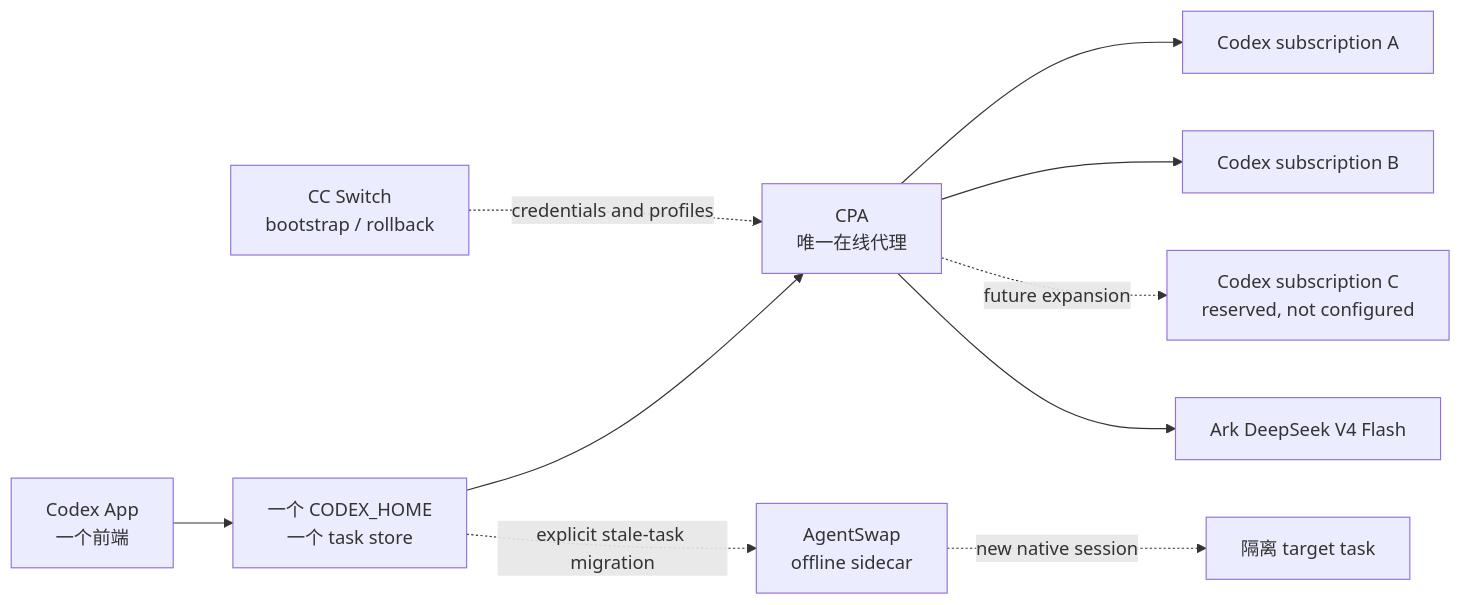
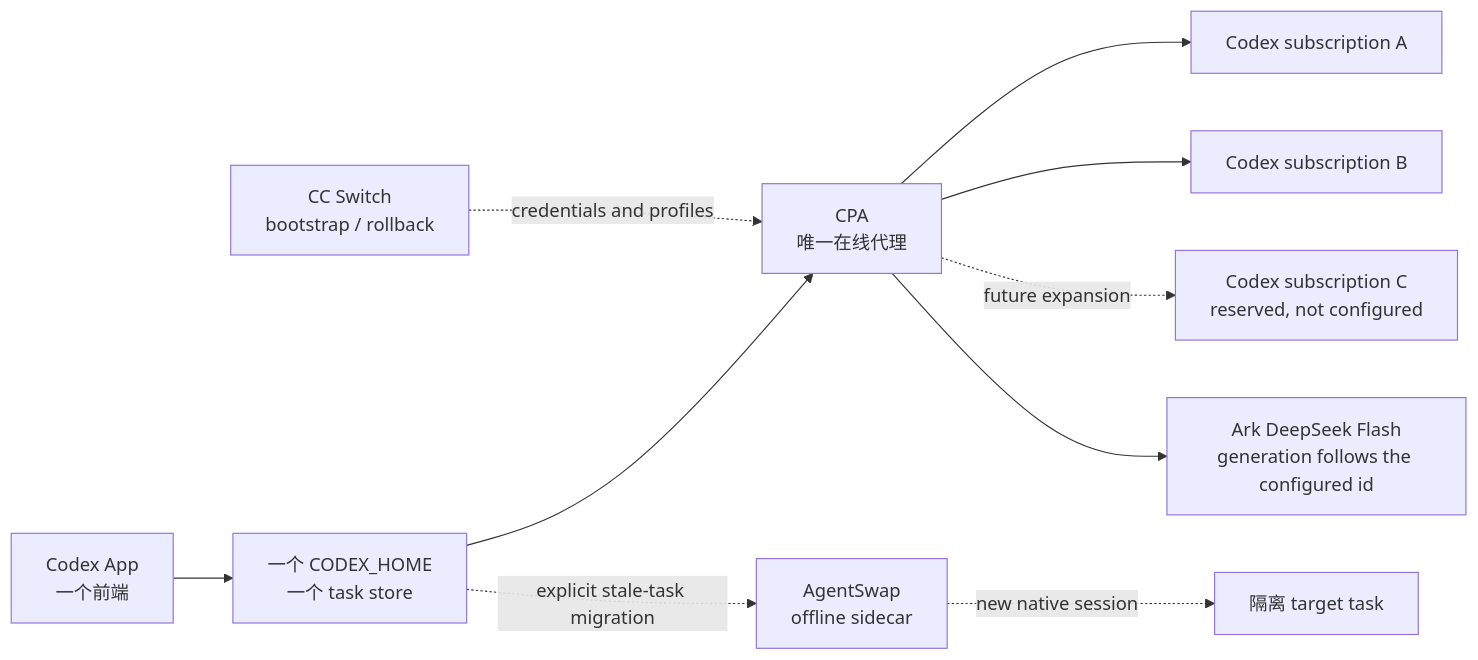
One commit to AronSwan/loopx changed the diagram in packages/loopx-codex-provider-routing/RUNBOOK.md. Above: the diagram before and after it, drawn with Mermaid. The commit also changed other lines of this file and 18 other files, not shown here.

First line of the commit message:
feat(deepseek): ship the canonical V4.1 Flash id and let the Ark rows be configured (#5561)

````diff
--- a/packages/loopx-codex-provider-routing/RUNBOOK.md
+++ b/packages/loopx-codex-provider-routing/RUNBOOK.md
@@ -173,12 +173,12 @@
 ```mermaid
 flowchart LR
   App[Codex App<br/>一个前端] --> Home[一个 CODEX_HOME<br/>一个 task store]
   Home --> CPA[CPA<br/>唯一在线代理]
   CPA --> A[Codex subscription A]
   CPA --> B[Codex subscription B]
   CPA -. future expansion .-> C[Codex subscription C<br/>reserved, not configured]
-  CPA --> Ark[Ark DeepSeek V4 Flash]
+  CPA --> Ark[Ark DeepSeek Flash<br/>generation follows the configured id]
   CCS[CC Switch<br/>bootstrap / rollback] -. credentials and profiles .-> CPA
   Home -. explicit stale-task migration .-> Swap[AgentSwap<br/>offline sidecar]
   Swap -. new native session .-> Quarantine[隔离 target task]
 ```
````
